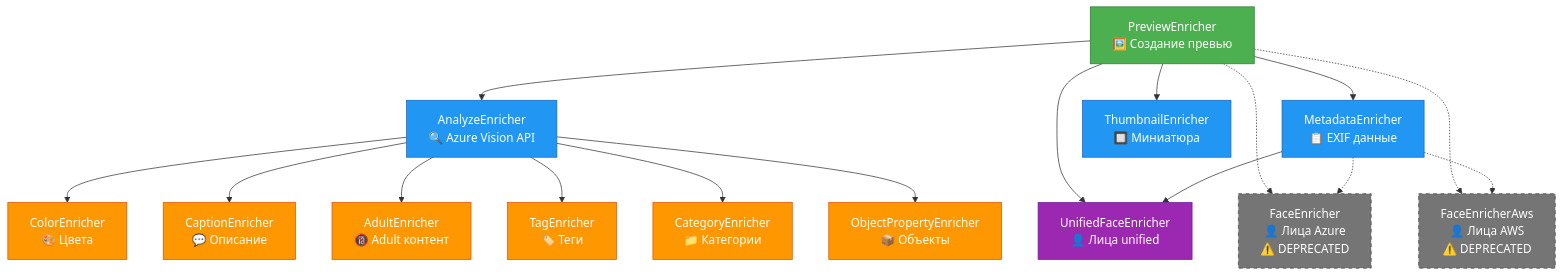
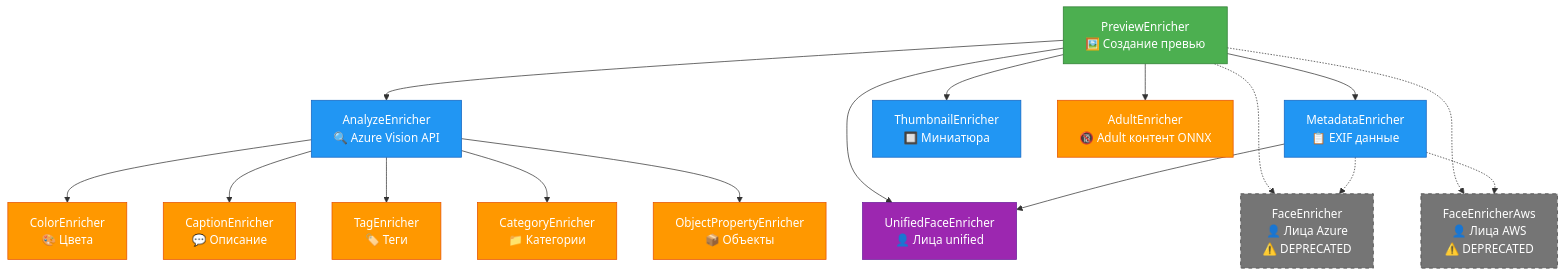
One commit to makhin/PhotoBank changed the first of 2 diagrams in docs/enricher-dependency-diagram.md. Above: the diagram before and after it, drawn with Mermaid. The commit also changed other lines of this file and 8 other files, not shown here.

First line of the commit message:
refactor: replace AdultEnricher with ONNX-based implementation

````diff
--- a/docs/enricher-dependency-diagram.md
+++ b/docs/enricher-dependency-diagram.md
@@ -5,42 +5,44 @@
 ```mermaid
 graph TD
     %% Корневой энричер
     Preview[PreviewEnricher<br/>🖼️ Создание превью]
 
     %% Энричеры первого уровня
     Preview --> Analyze[AnalyzeEnricher<br/>🔍 Azure Vision API]
     Preview --> Metadata[MetadataEnricher<br/>📋 EXIF данные]
     Preview --> Thumbnail[ThumbnailEnricher<br/>🔲 Миниатюра]
 
     %% Энричеры второго уровня (зависят от Analyze)
     Analyze --> Color[ColorEnricher<br/>🎨 Цвета]
     Analyze --> Caption[CaptionEnricher<br/>💬 Описание]
-    Analyze --> Adult[AdultEnricher<br/>🔞 Adult контент]
     Analyze --> Tag[TagEnricher<br/>🏷️ Теги]
     Analyze --> Category[CategoryEnricher<br/>📁 Категории]
     Analyze --> Object[ObjectPropertyEnricher<br/>📦 Объекты]
+
+    %% AdultEnricher использует ONNX и зависит от Preview
+    Preview --> Adult[AdultEnricher<br/>🔞 Adult контент ONNX]
 
     %% Энричер с двойной зависимостью
     Preview --> UnifiedFace[UnifiedFaceEnricher<br/>👤 Лица unified]
     Metadata --> UnifiedFace
 
     %% Устаревшие энричеры
     Preview -.-> FaceOld[FaceEnricher<br/>👤 Лица Azure<br/>⚠️ DEPRECATED]
     Metadata -.-> FaceOld
 
     Preview -.-> FaceAws[FaceEnricherAws<br/>👤 Лица AWS<br/>⚠️ DEPRECATED]
     Metadata -.-> FaceAws
 
     %% Стили
     classDef root fill:#4CAF50,stroke:#2E7D32,color:#fff
     classDef level1 fill:#2196F3,stroke:#1565C0,color:#fff
     classDef level2 fill:#FF9800,stroke:#E65100,color:#fff
     classDef unified fill:#9C27B0,stroke:#6A1B9A,color:#fff
     classDef deprecated fill:#757575,stroke:#424242,color:#fff,stroke-dasharray: 5 5
 
     class Preview root
     class Analyze,Metadata,Thumbnail level1
     class Color,Caption,Adult,Tag,Category,Object level2
     class UnifiedFace unified
     class FaceOld,FaceAws deprecated
 ```
````
